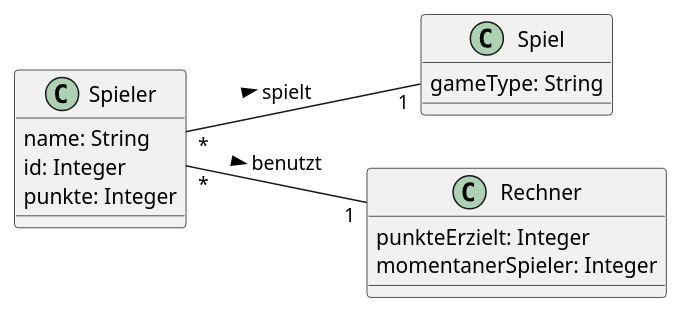
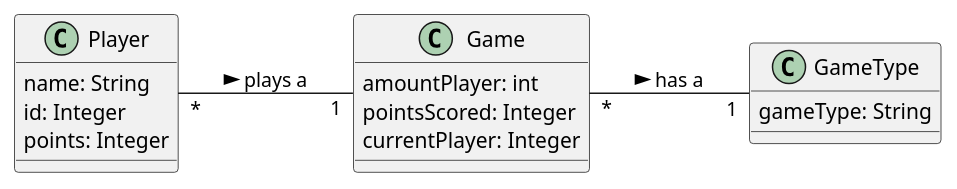
Before and after one commit to 2223-3bhif-syp/Dart-Scoring-App: the diagram in asciidocs/classDiagram.adoc, drawn with PlantUML. The commit also changed 4 other files, not shown here.

```diff
--- a/asciidocs/classDiagram.adoc
+++ b/asciidocs/classDiagram.adoc
@@ -1,23 +1,24 @@
 [plantuml, target=diagram-classes, format=png]
 ....
 left to right direction
 
-class Spiel{
+class GameType{
     gameType: String
 }
 
-class Spieler{
+class Player{
     name: String
     id: Integer
-    punkte: Integer
+    points: Integer
 }
 
-class Rechner{
-    punkteErzielt: Integer
-    momentanerSpieler: Integer
+class Game{
+    amountPlayer: int
+    pointsScored: Integer
+    currentPlayer: Integer
 }
 
+Player "*"--"1" Game : plays a >
+Game "*"--"1" GameType : has a >
 
-Spieler "*"--"1" Spiel : spielt >
-Spieler "*"--"1" Rechner : benutzt >
 ....
```
